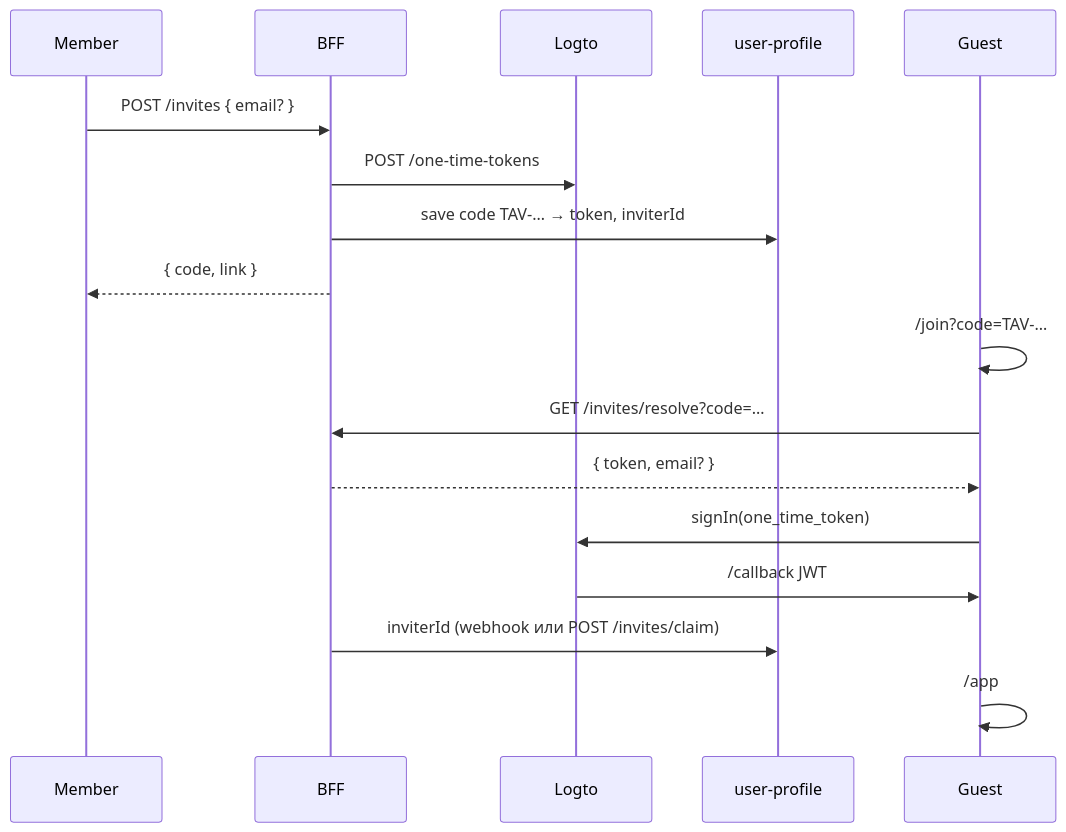
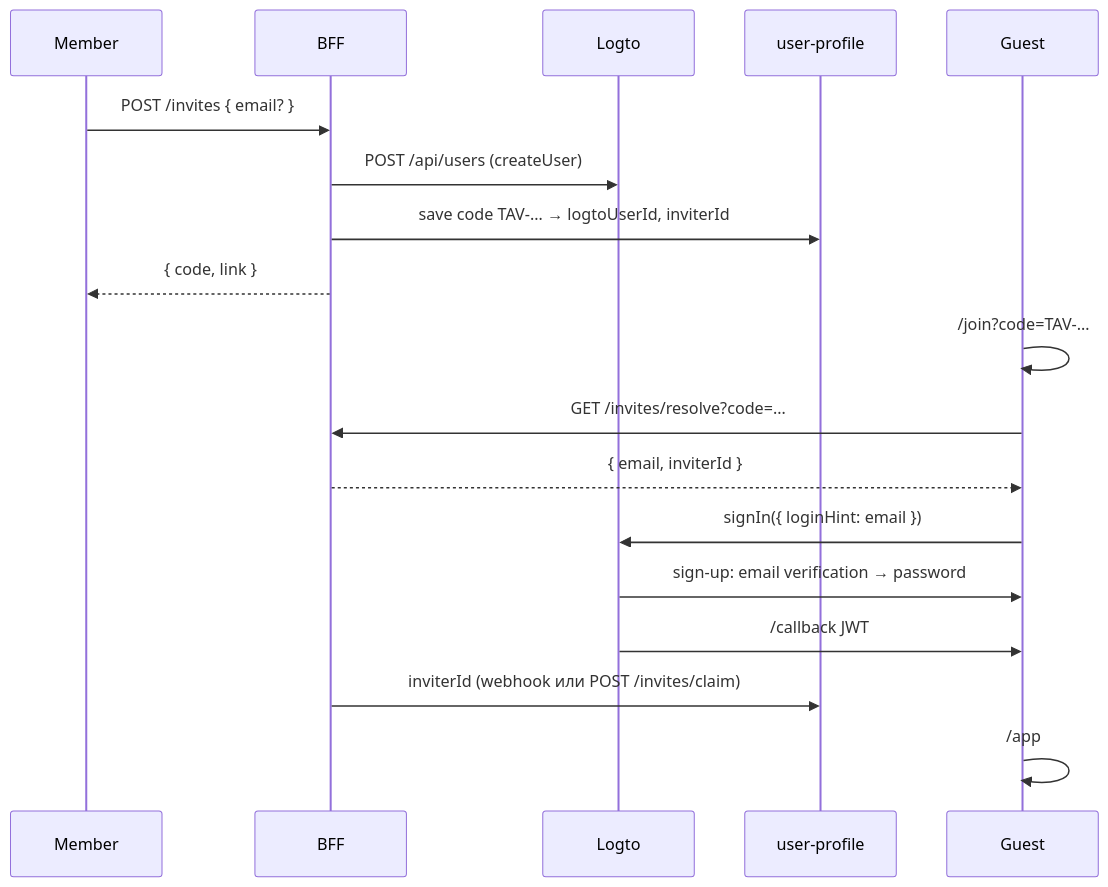
The diagram in docs/01-goal/club-access.md (andrewb76/tavrida), drawn with Mermaid before and after one commit. The commit also changed other lines of this file and 21 other files, not shown here.

First line of the commit message:
feat(invite): replace one-time token with createUser + loginHint

````diff
--- a/docs/01-goal/club-access.md
+++ b/docs/01-goal/club-access.md
@@ -57,21 +57,22 @@
 ```mermaid
 sequenceDiagram
   participant M as Member
   participant B as BFF
   participant L as Logto
   participant UP as user-profile
   participant V as Guest
 
   M->>B: POST /invites { email? }
-  B->>L: POST /one-time-tokens
-  B->>UP: save code TAV-… → token, inviterId
+  B->>L: POST /api/users (createUser)
+  B->>UP: save code TAV-… → logtoUserId, inviterId
   B-->>M: { code, link }
 
   V->>V: /join?code=TAV-…
   V->>B: GET /invites/resolve?code=…
-  B-->>V: { token, email? }
-  V->>L: signIn(one_time_token)
+  B-->>V: { email, inviterId }
+  V->>L: signIn({ loginHint: email })
+  L->>V: sign-up: email verification → password
   L->>V: /callback JWT
   B->>UP: inviterId (webhook или POST /invites/claim)
   V->>V: /app
 ```
````
